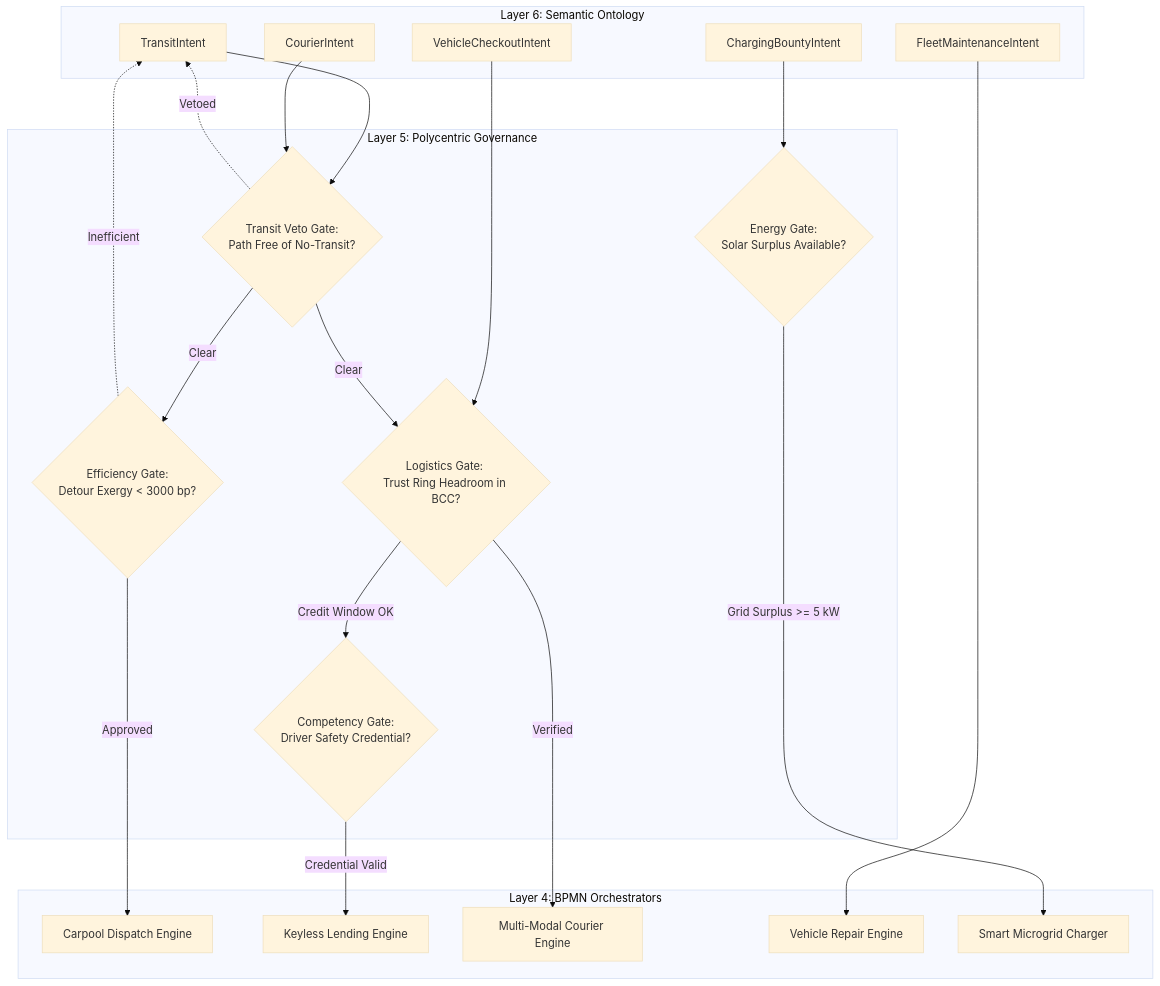
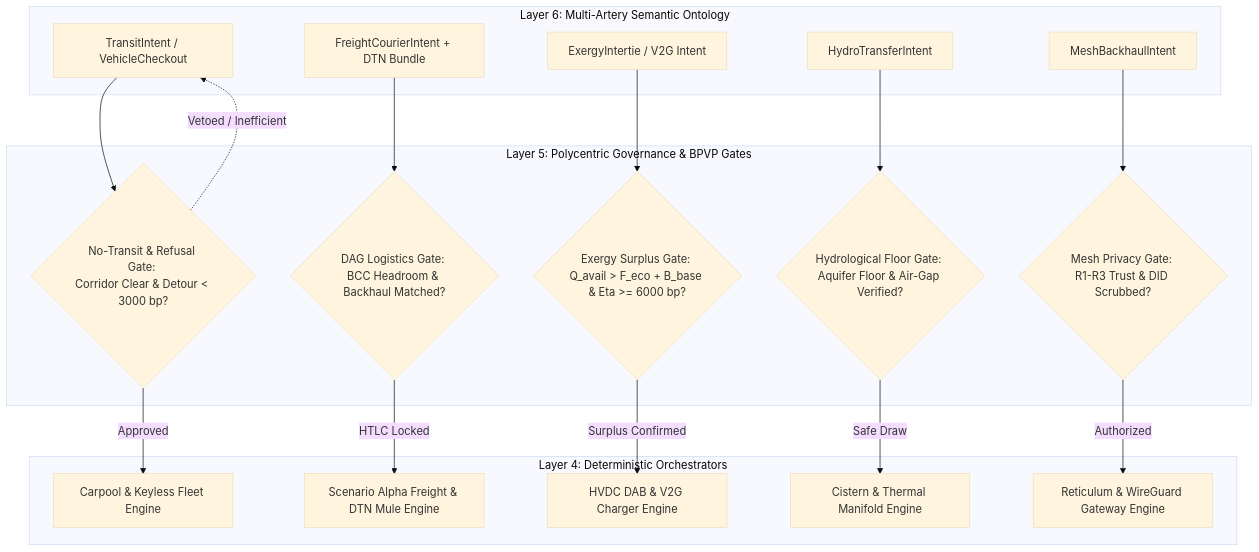
The third of 4 diagrams in docs/scenarios/beta_transit.md (raffaine/collective), drawn with Mermaid (base theme) before and after one commit. The commit also changed other lines of this file and 56 other files, not shown here.

Commit message:
feat(sprints-11-14): implement Homestead playability, 3D pathfinding, Scenario Gamma kitchen, Async Node Proxies, and Layer 6/5/4 architecture

````diff
--- a/docs/scenarios/beta_transit.md
+++ b/docs/scenarios/beta_transit.md
@@ -146,45 +225,42 @@
 ```mermaid
 graph TD
-    subgraph Layer 6: Semantic Ontology
-        L6_Trans[TransitIntent]
-        L6_Check[VehicleCheckoutIntent]
-        L6_Cour[CourierIntent]
-        L6_Maint[FleetMaintenanceIntent]
-        L6_Charge[ChargingBountyIntent]
+    subgraph Layer 6: Multi-Artery Semantic Ontology
+        L6_Pass[TransitIntent / VehicleCheckout]
+        L6_Freight[FreightCourierIntent + DTN Bundle]
+        L6_Power[ExergyIntertie / V2G Intent]
+        L6_Water[HydroTransferIntent]
+        L6_Data[MeshBackhaulIntent]
     end
 
-    subgraph Layer 5: Polycentric Governance
-        P_Veto{Transit Veto Gate: <br>Path Free of No-Transit?}
-        P_Exec{Efficiency Gate: <br>Detour Exergy < 3000 bp?}
-        P_Trust{Logistics Gate: <br>Trust Ring Headroom in BCC?}
-        P_Maint{Competency Gate: <br>Driver Safety Credential?}
-        P_Solar{Energy Gate: <br>Solar Surplus Available?}
+    subgraph Layer 5: Polycentric Governance & BPVP Gates
+        P_Veto{No-Transit & Refusal Gate: <br>Corridor Clear & Detour < 3000 bp?}
+        P_Freight{DAG Logistics Gate: <br>BCC Headroom & Backhaul Matched?}
+        P_Grid{Exergy Surplus Gate: <br>Q_avail > F_eco + B_base & Eta >= 6000 bp?}
+        P_Hydro{Hydrological Floor Gate: <br>Aquifer Floor & Air-Gap Verified?}
+        P_Mesh{Mesh Privacy Gate: <br>R1-R3 Trust & DID Scrubbed?}
     end
 
-    subgraph Layer 4: BPMN Orchestrators
-        BPMN_Carpool[Carpool Dispatch Engine]
-        BPMN_Lend[Keyless Lending Engine]
-        BPMN_Freight[Multi-Modal Courier Engine]
-        BPMN_Service[Vehicle Repair Engine]
-        BPMN_Power[Smart Microgrid Charger]
+    subgraph Layer 4: Deterministic Orchestrators
+        BPMN_Mobility[Carpool & Keyless Fleet Engine]
+        BPMN_Courier[Scenario Alpha Freight & DTN Mule Engine]
+        BPMN_HVDC[HVDC DAB & V2G Charger Engine]
+        BPMN_Flume[Cistern & Thermal Manifold Engine]
+        BPMN_RNS[Reticulum & WireGuard Gateway Engine]
     end
 
-    L6_Trans --> P_Veto
-    P_Veto -->|Clear| P_Exec
-    P_Veto -.->|Vetoed| L6_Trans
-    P_Exec -->|Approved| BPMN_Carpool
-    P_Exec -.->|Inefficient| L6_Trans
+    L6_Pass --> P_Veto
+    P_Veto -->|Approved| BPMN_Mobility
+    P_Veto -.->|Vetoed / Inefficient| L6_Pass
 
-    L6_Check --> P_Trust
-    P_Trust -->|Credit Window OK| P_Maint
-    P_Maint -->|Credential Valid| BPMN_Lend
+    L6_Freight --> P_Freight
+    P_Freight -->|HTLC Locked| BPMN_Courier
 
-    L6_Cour --> P_Veto
-    P_Veto -->|Clear| P_Trust
-    P_Trust -->|Verified| BPMN_Freight
+    L6_Power --> P_Grid
+    P_Grid -->|Surplus Confirmed| BPMN_HVDC
 
-    L6_Maint --> BPMN_Service
+    L6_Water --> P_Hydro
+    P_Hydro -->|Safe Draw| BPMN_Flume
 
-    L6_Charge --> P_Solar
-    P_Solar -->|Grid Surplus >= 5 kW| BPMN_Power
+    L6_Data --> P_Mesh
+    P_Mesh -->|Authorized| BPMN_RNS
 ```
````
